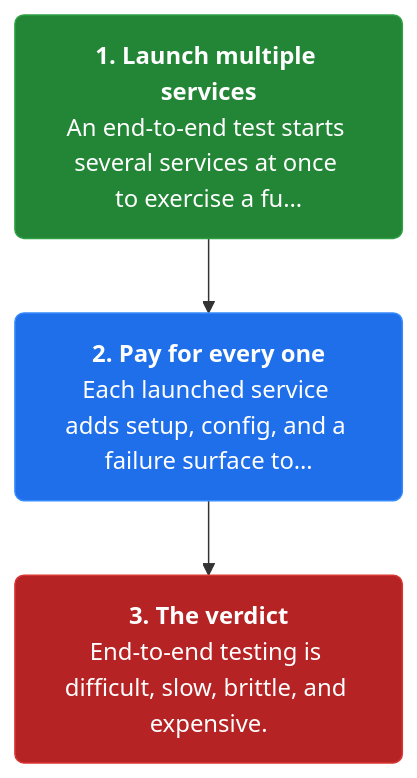
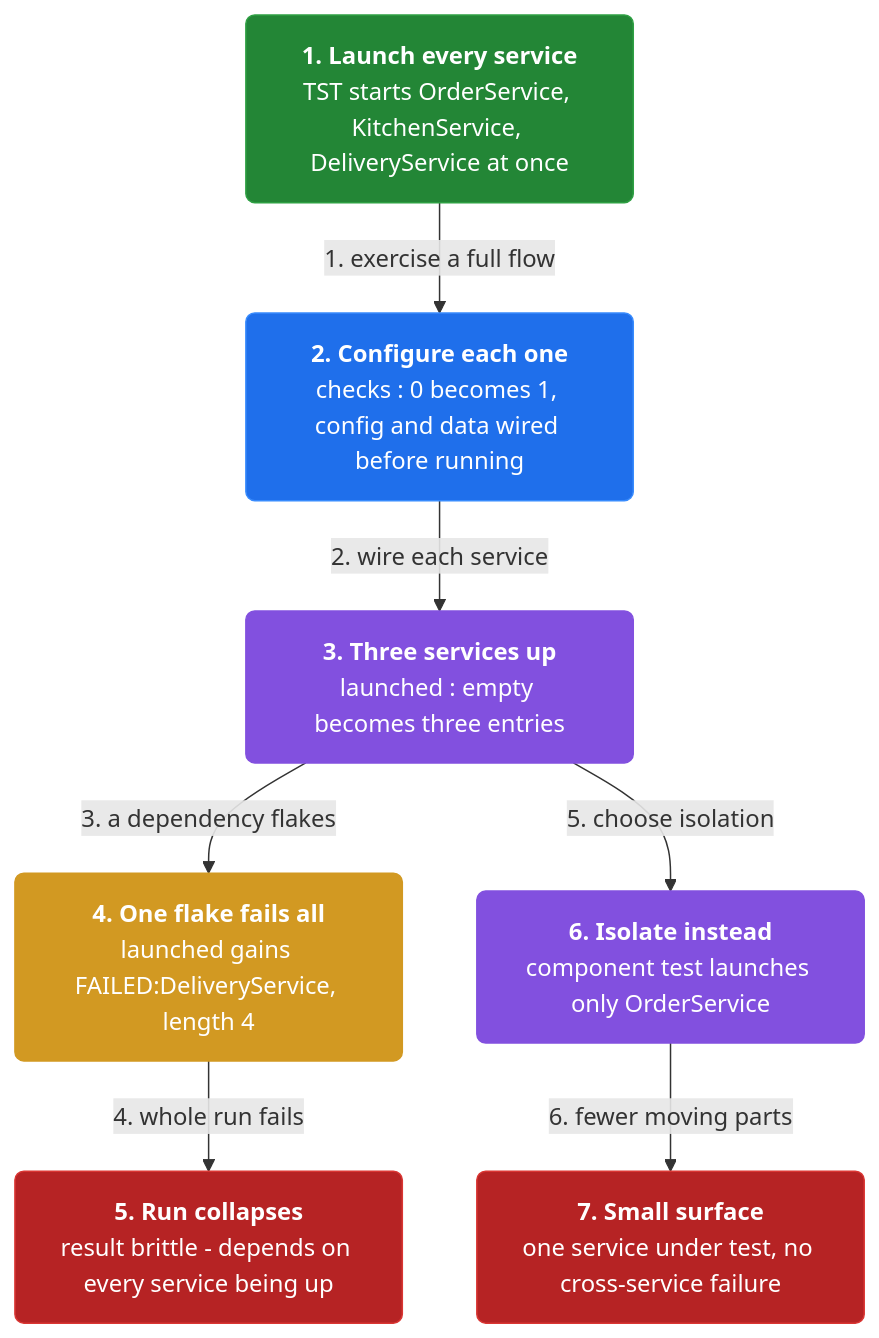
The second of 4 diagrams in docs/ch27-service-component-test.md (vinayakuber/microservices-io-study-guide), drawn with Mermaid before and after one commit. The commit also changed other lines of this file and 46 other files, not shown here.

First line of the commit message:
Author rich branching flow diagrams for all 44 chapters

````diff
--- a/docs/ch27-service-component-test.md
+++ b/docs/ch27-service-component-test.md
@@ -50,11 +65,21 @@
 ```mermaid
 flowchart TD
-  classDef step fill:#1f6feb,color:#ffffff,stroke:#388bfd,stroke-width:1px,rx:6
+  classDef step fill:#1f6feb,color:#ffffff,stroke:#388bfd,rx:6
+  classDef core fill:#8250df,color:#ffffff,stroke:#8250df,rx:6
+  classDef warn fill:#d29922,color:#ffffff,stroke:#d29922,rx:6
   classDef start fill:#238636,color:#ffffff,stroke:#2ea043,rx:6
   classDef stop fill:#b62324,color:#ffffff,stroke:#da3633,rx:6
-  s1n0["<b>1. Launch multiple services</b><br/>An end-to-end test starts several services at once to exercise a fu…"]:::start
-  s1n1["<b>2. Pay for every one</b><br/>Each launched service adds setup, config, and a failure surface to…"]:::step
-  s1n2["<b>3. The verdict</b><br/>End-to-end testing is difficult, slow, brittle, and expensive."]:::stop
-  s1n0 --> s1n1
-  s1n1 --> s1n2
+  n0["<b>1. Launch every service</b><br/>TST starts OrderService, KitchenService, DeliveryService at once"]:::start
+  n1["<b>2. Configure each one</b><br/>checks : 0 becomes 1, config and data wired before running"]:::step
+  n2["<b>3. Three services up</b><br/>launched : empty becomes three entries"]:::core
+  n3["<b>4. One flake fails all</b><br/>launched gains FAILED:DeliveryService, length 4"]:::warn
+  n4["<b>5. Run collapses</b><br/>result brittle - depends on every service being up"]:::stop
+  n5["<b>6. Isolate instead</b><br/>component test launches only OrderService"]:::core
+  n6["<b>7. Small surface</b><br/>one service under test, no cross-service failure"]:::stop
+  n0 -->|"1. exercise a full flow"| n1
+  n1 -->|"2. wire each service"| n2
+  n2 -->|"3. a dependency flakes"| n3
+  n3 -->|"4. whole run fails"| n4
+  n2 -->|"5. choose isolation"| n5
+  n5 -->|"6. fewer moving parts"| n6
 ```
````
